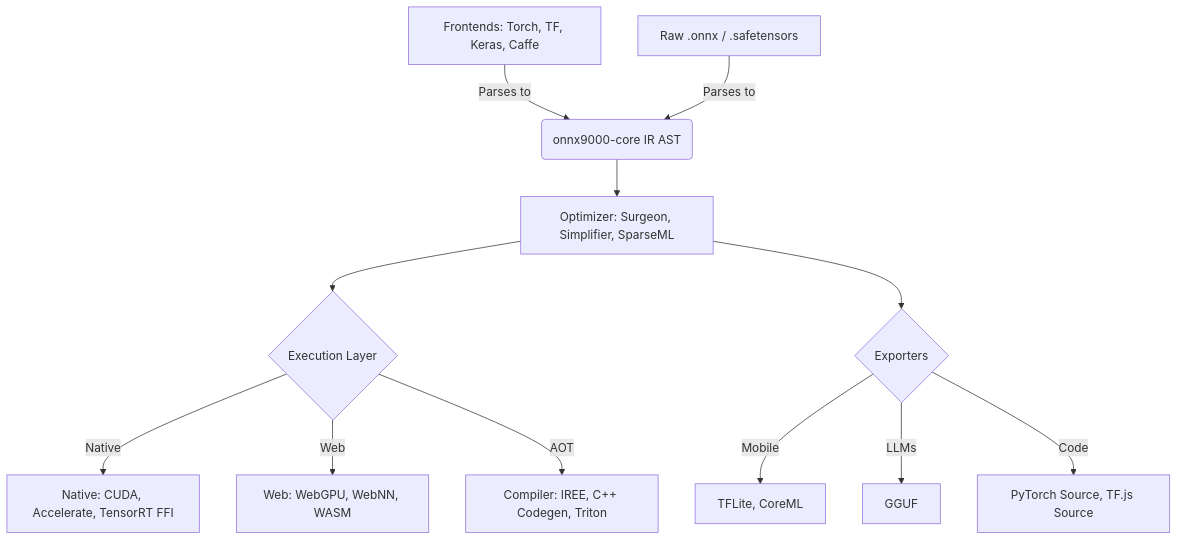
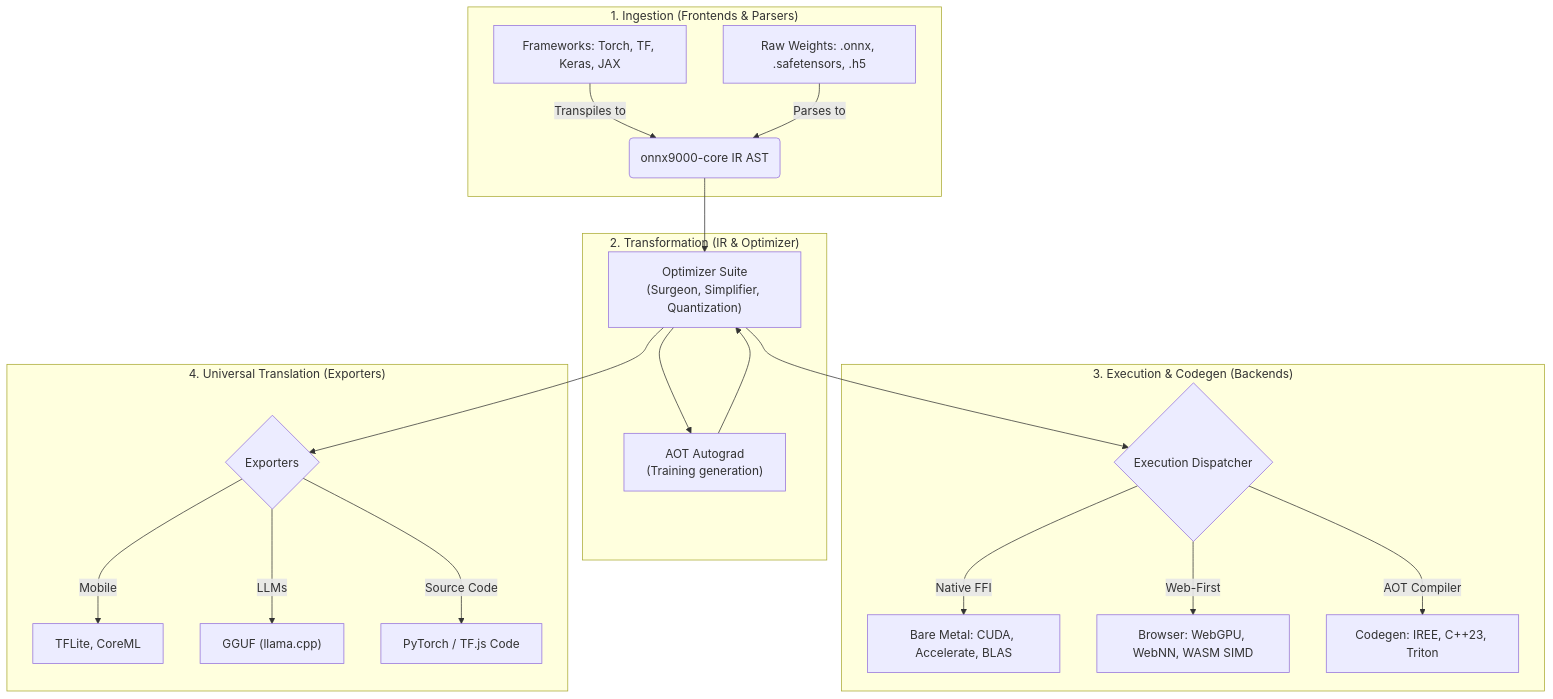
The diagram in ARCHITECTURE.md (SamuelMarks/onnx9000), drawn with Mermaid before and after one commit. The commit also changed other lines of this file and 49 other files, not shown here.

````diff
--- a/ARCHITECTURE.md
+++ b/ARCHITECTURE.md
@@ -11,14 +20,27 @@
 ```mermaid
 graph TD;
-    A["Frontends: Torch, TF, Keras, Caffe"] -->|"Parses to"| C("onnx9000-core IR AST");
-    B["Raw .onnx / .safetensors"] -->|"Parses to"| C;
-    C --> D["Optimizer: Surgeon, Simplifier, SparseML"];
-    D --> E{"Execution Layer"};
-    E -->|"Native"| F["Native: CUDA, Accelerate, TensorRT FFI"];
-    E -->|"Web"| G["Web: WebGPU, WebNN, WASM"];
-    E -->|"AOT"| H["Compiler: IREE, C++ Codegen, Triton"];
-    D --> I{"Exporters"};
-    I -->|"Mobile"| J["TFLite, CoreML"];
-    I -->|"LLMs"| K["GGUF"];
-    I -->|"Code"| L["PyTorch Source, TF.js Source"];
+    subgraph "1. Ingestion (Frontends & Parsers)"
+        A["Frameworks: Torch, TF, Keras, JAX"] -->|"Transpiles to"| C("onnx9000-core IR AST");
+        B["Raw Weights: .onnx, .safetensors, .h5"] -->|"Parses to"| C;
+    end
+
+    subgraph "2. Transformation (IR & Optimizer)"
+        C --> D["Optimizer Suite\n(Surgeon, Simplifier, Quantization)"];
+        D --> AOT["AOT Autograd\n(Training generation)"];
+        AOT --> D;
+    end
+
+    subgraph "3. Execution & Codegen (Backends)"
+        D --> E{"Execution Dispatcher"};
+        E -->|"Native FFI"| F["Bare Metal: CUDA, Accelerate, BLAS"];
+        E -->|"Web-First"| G["Browser: WebGPU, WebNN, WASM SIMD"];
+        E -->|"AOT Compiler"| H["Codegen: IREE, C++23, Triton"];
+    end
+
+    subgraph "4. Universal Translation (Exporters)"
+        D --> I{"Exporters"};
+        I -->|"Mobile"| J["TFLite, CoreML"];
+        I -->|"LLMs"| K["GGUF (llama.cpp)"];
+        I -->|"Source Code"| L["PyTorch / TF.js Code"];
+    end
 ```
````
